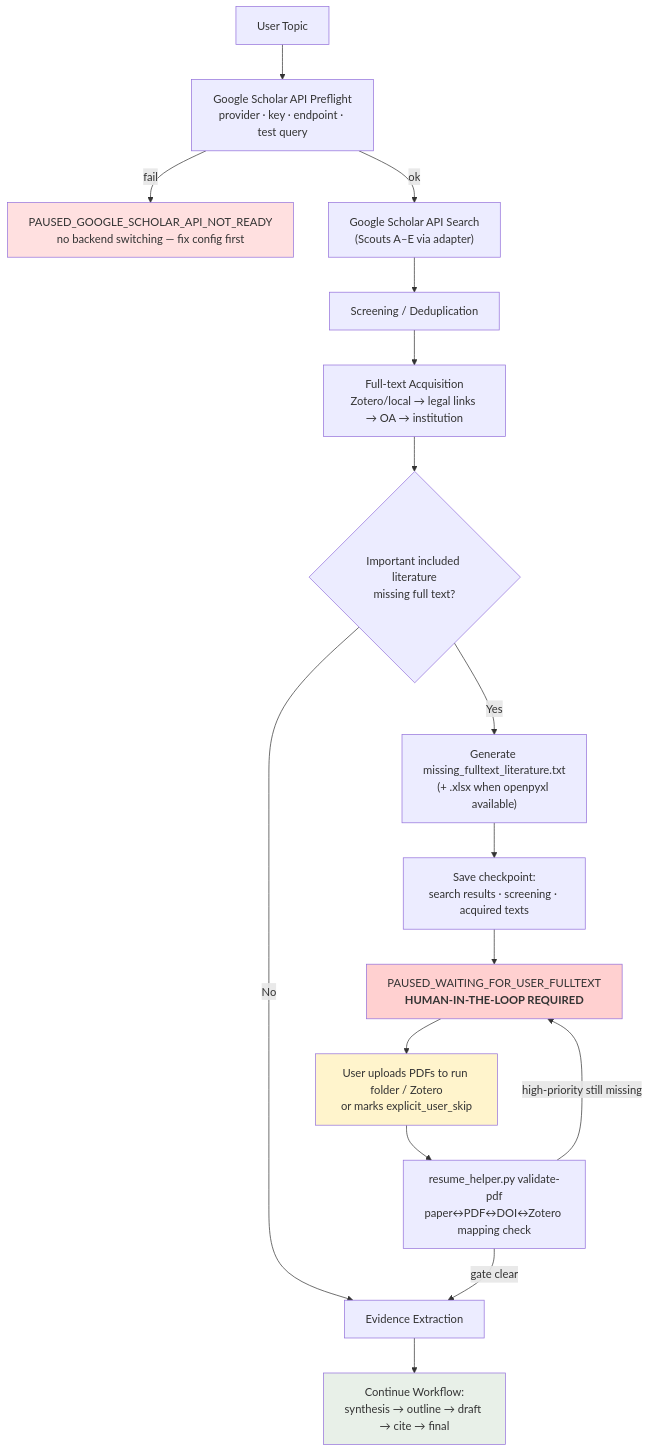
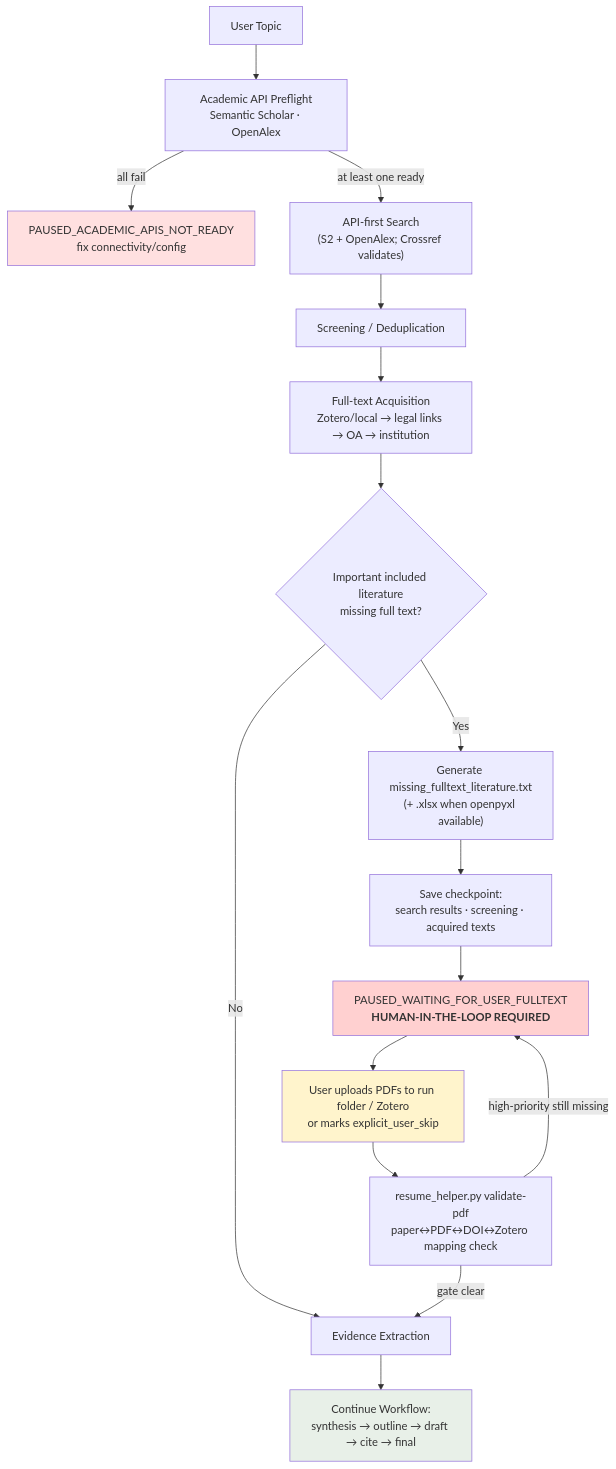
One commit to wzgytuA888/geography-literature-review-skill changed the diagram in assets/runtime-scholar-gate.mmd. Above: the diagram before and after it, drawn with Mermaid. The commit also changed 51 other files, not shown here.

Commit message:
feat: release API-first literature review workflow v2.0.0

```diff
--- a/assets/runtime-scholar-gate.mmd
+++ b/assets/runtime-scholar-gate.mmd
@@ -1,22 +1,22 @@
 flowchart TB
-    TOPIC["User Topic"] --> PF["Google Scholar API Preflight<br/>provider · key · endpoint · test query"]
-    PF -- fail --> P1["PAUSED_GOOGLE_SCHOLAR_API_NOT_READY<br/>no backend switching — fix config first"]
-    PF -- ok --> SEARCH["Google Scholar API Search<br/>(Scouts A–E via adapter)"]
+    TOPIC["User Topic"] --> PF["Academic API Preflight<br/>Semantic Scholar · OpenAlex"]
+    PF -- all fail --> P1["PAUSED_ACADEMIC_APIS_NOT_READY<br/>fix connectivity/config"]
+    PF -- at least one ready --> SEARCH["API-first Search<br/>(S2 + OpenAlex; Crossref validates)"]
     SEARCH --> SCREEN["Screening / Deduplication"]
     SCREEN --> FT["Full-text Acquisition<br/>Zotero/local → legal links → OA → institution"]
     FT --> Q{"Important included literature<br/>missing full text?"}
     Q -- "No" --> EXTRACT["Evidence Extraction"]
     Q -- "Yes" --> REPORT["Generate missing_fulltext_literature.txt<br/>(+ .xlsx when openpyxl available)"]
     REPORT --> SAVE["Save checkpoint:<br/>search results · screening · acquired texts"]
     SAVE --> PAUSE["PAUSED_WAITING_FOR_USER_FULLTEXT<br/><b>HUMAN-IN-THE-LOOP REQUIRED</b>"]
     PAUSE --> USER["User uploads PDFs to run folder / Zotero<br/>or marks explicit_user_skip"]
     USER --> RESUME["resume_helper.py validate-pdf<br/>paper↔PDF↔DOI↔Zotero mapping check"]
     RESUME -- "high-priority still missing" --> PAUSE
     RESUME -- gate clear --> EXTRACT
 
     EXTRACT --> CONTINUE["Continue Workflow:<br/>synthesis → outline → draft → cite → final"]
 
     style P1 fill:#ffe0e0
     style PAUSE fill:#ffd0d0
     style CONTINUE fill:#e8f0e8
     style USER fill:#fff4cc
```
